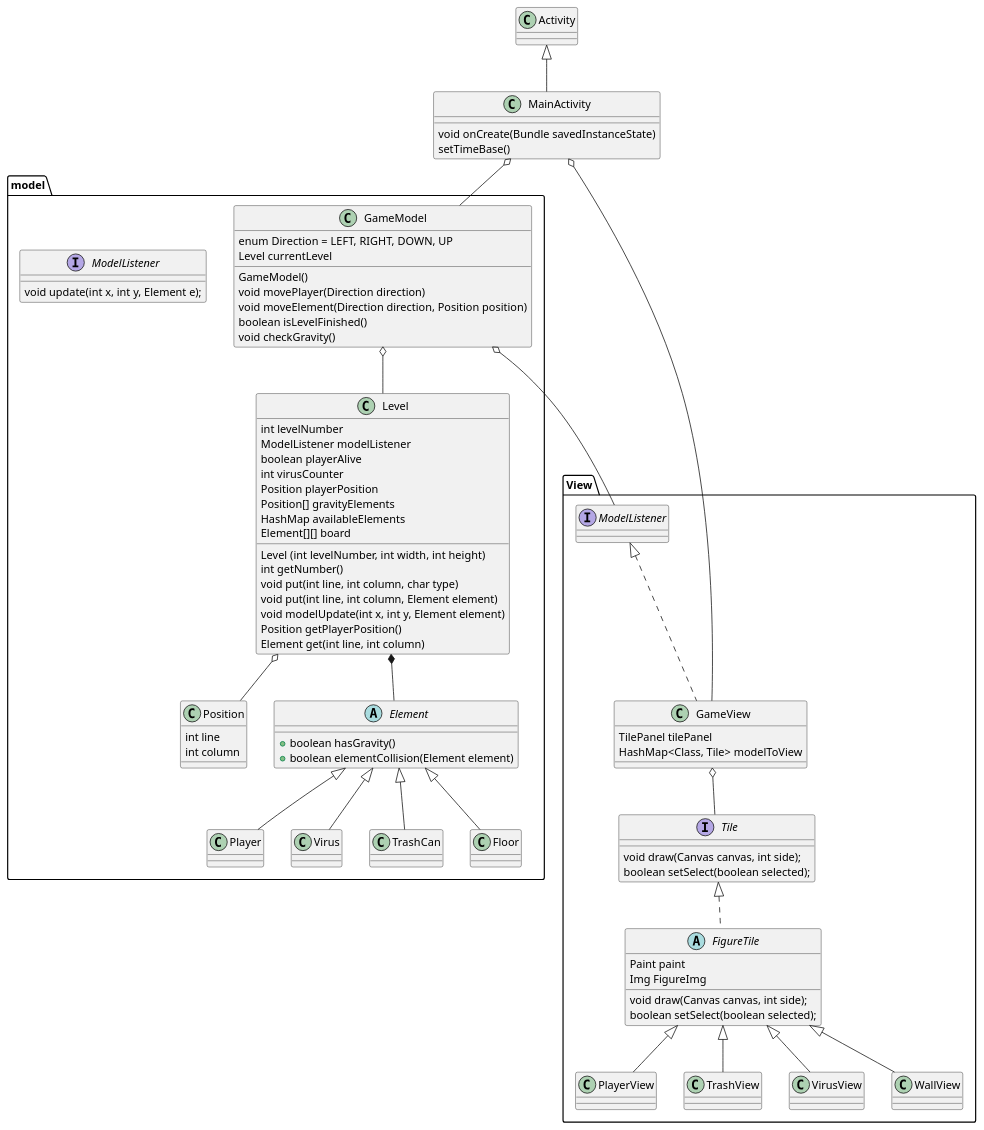
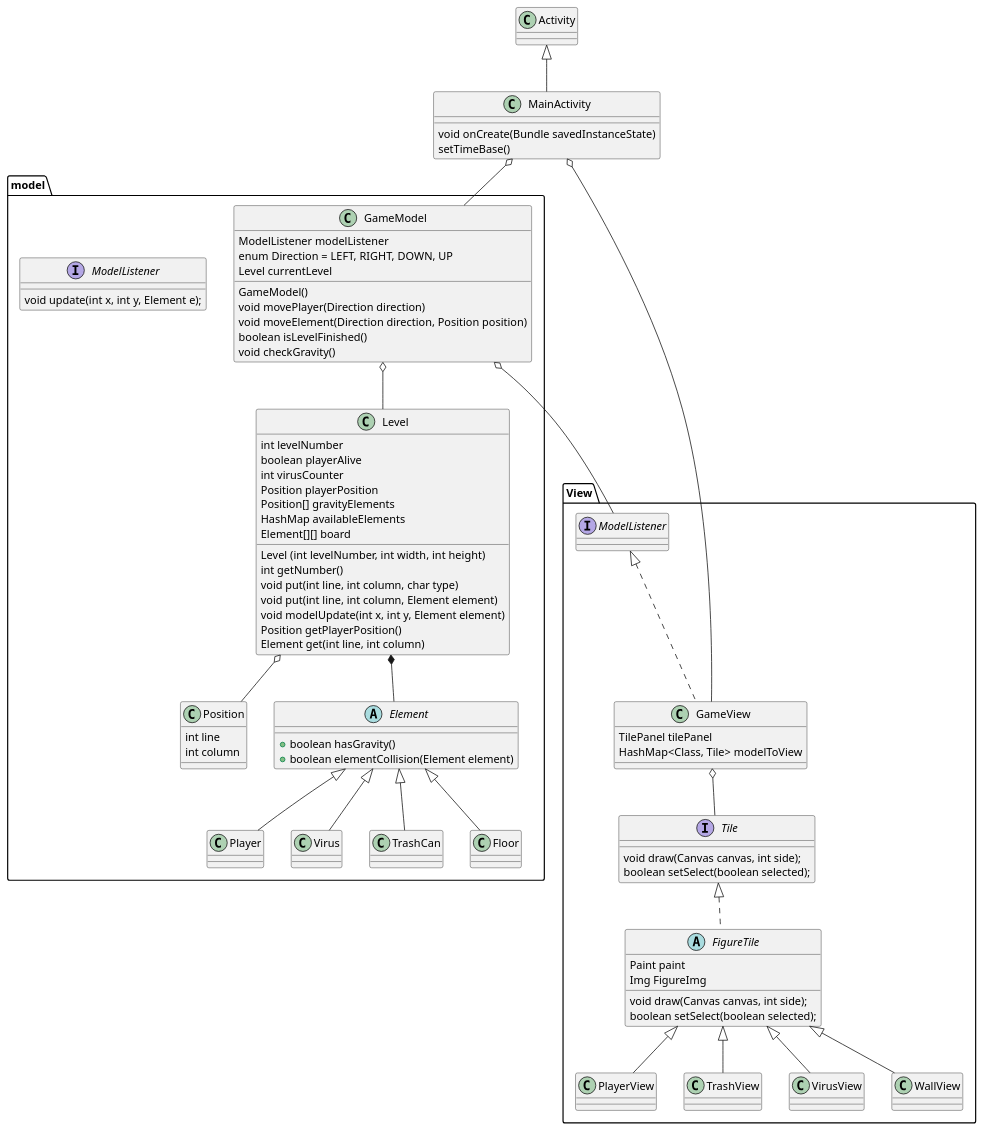
The diagram in covid.puml (Celthund/OOP-Serie3), drawn with PlantUML before and after one commit. The commit also changed other lines of this file and 10 other files, not shown here.

```diff
--- a/covid.puml
+++ b/covid.puml
@@ -1,95 +1,95 @@
 @startuml
 
 
 
 class MainActivity extends Activity{
     void onCreate(Bundle savedInstanceState)
     setTimeBase()
 }
 
 package View {
     MainActivity o-- GameView
     GameView o-- Tile
     interface Tile {
         void draw(Canvas canvas, int side);
         boolean setSelect(boolean selected);
     }
     abstract class FigureTile implements Tile {
         Paint paint
         Img FigureImg
         void draw(Canvas canvas, int side);
         boolean setSelect(boolean selected);
     }
     class GameView implements ModelListener {
         TilePanel tilePanel
         HashMap<Class, Tile> modelToView
     }
     class PlayerView extends FigureTile
     class TrashView extends FigureTile
     class VirusView extends FigureTile
     class WallView extends FigureTile
 }
 
 package model {
 
     MainActivity o-- GameModel
     GameModel o-- Level
     GameModel o-- ModelListener
     Level o-- Position
     Level *-- Element
 
     interface ModelListener {
         void update(int x, int y, Element e);
     }
 
     class Position {
         int line
         int column
     }
 
     class GameModel {
+        ModelListener modelListener
         enum Direction = LEFT, RIGHT, DOWN, UP
         Level currentLevel
         GameModel()
         void movePlayer(Direction direction)
         void moveElement(Direction direction, Position position)
         boolean isLevelFinished()
         void checkGravity()
     }
 
     class Level {
         int levelNumber
-        ModelListener modelListener
         boolean playerAlive
         int virusCounter
         Position playerPosition
         Position[] gravityElements
         HashMap availableElements
         Element[][] board
         Level (int levelNumber, int width, int height)
         int getNumber()
         void put(int line, int column, char type)
         void put(int line, int column, Element element)
         void modelUpdate(int x, int y, Element element)
         Position getPlayerPosition()
         Element get(int line, int column)
     }
 
     abstract class Element {
         +boolean hasGravity()
         +boolean elementCollision(Element element)
     }
 
     class Player extends Element{
     }
 
     class Virus extends Element {
     }
 
     class TrashCan extends Element {
     }
 
     class Floor extends Element {
     }
 }
 @enduml
```
